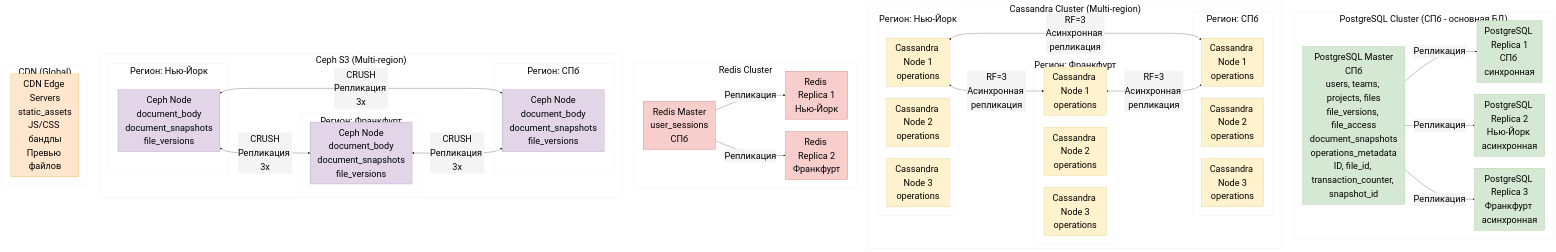
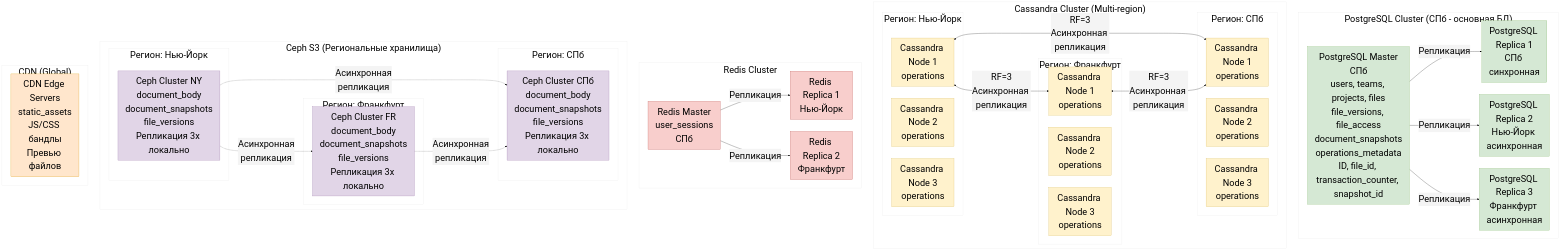
One commit to alx314vo/highload_figma changed the second of 3 diagrams in README.md. Above: the diagram before and after it, drawn with Mermaid. The commit also changed other lines of this file, not shown here.

```diff
--- a/README.md
+++ b/README.md
@@ -588,22 +581,22 @@
         REDIS_MASTER -->|Репликация| REDIS_REPLICA2
     end
     
-    subgraph "Ceph S3 (Multi-region)"
+    subgraph "Ceph S3 (Региональные хранилища)"
         subgraph "Регион: Нью-Йорк"
-            CEPH_NY[Ceph Node<br/>document_body<br/>document_snapshots<br/>file_versions]
+            CEPH_NY[Ceph Cluster NY<br/>document_body<br/>document_snapshots<br/>file_versions<br/>Репликация 3x локально]
         end
         
         subgraph "Регион: Франкфурт"
-            CEPH_FR[Ceph Node<br/>document_body<br/>document_snapshots<br/>file_versions]
+            CEPH_FR[Ceph Cluster FR<br/>document_body<br/>document_snapshots<br/>file_versions<br/>Репликация 3x локально]
         end
         
         subgraph "Регион: СПб"
-            CEPH_SPB[Ceph Node<br/>document_body<br/>document_snapshots<br/>file_versions]
+            CEPH_SPB[Ceph Cluster СПб<br/>document_body<br/>document_snapshots<br/>file_versions<br/>Репликация 3x локально]
         end
         
-        CEPH_NY <-->|CRUSH<br/>Репликация 3x| CEPH_FR
-        CEPH_NY <-->|CRUSH<br/>Репликация 3x| CEPH_SPB
-        CEPH_FR <-->|CRUSH<br/>Репликация 3x| CEPH_SPB
+        CEPH_NY -.->|Асинхронная<br/>репликация| CEPH_FR
+        CEPH_NY -.->|Асинхронная<br/>репликация| CEPH_SPB
+        CEPH_FR -.->|Асинхронная<br/>репликация| CEPH_SPB
     end
     
     subgraph "CDN (Global)"
```
